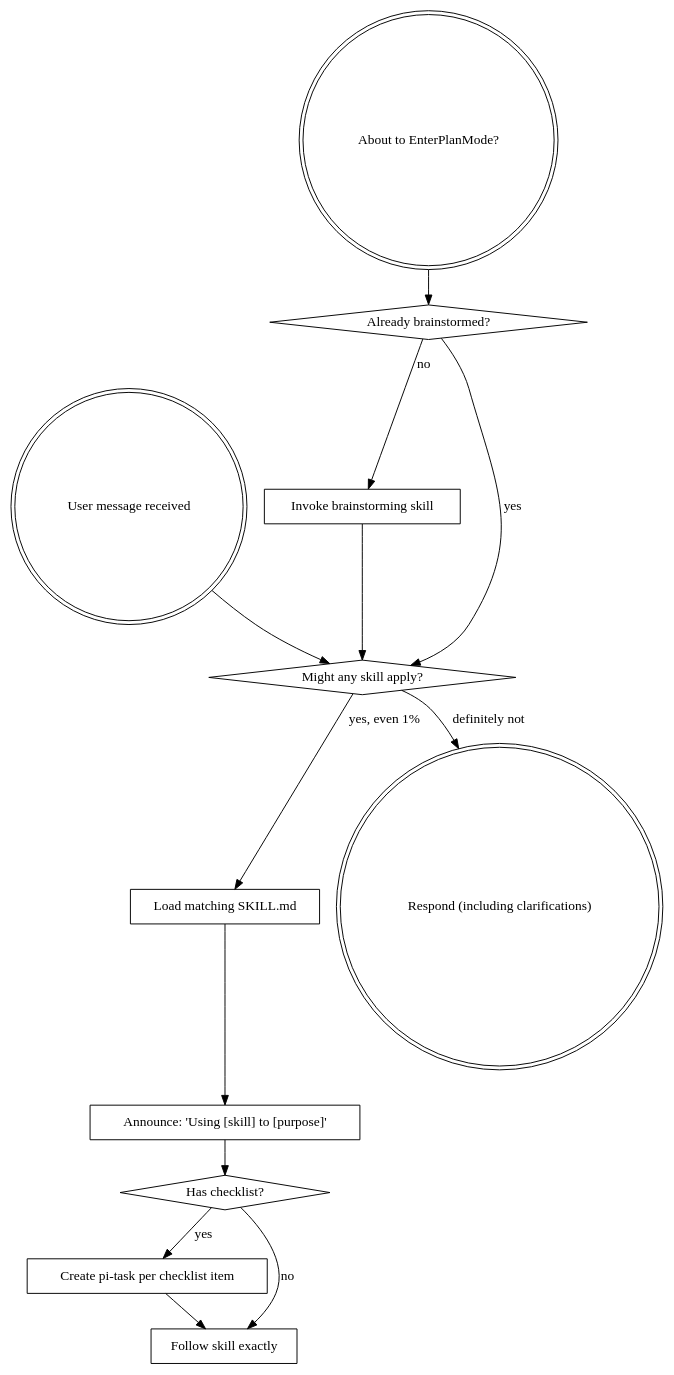
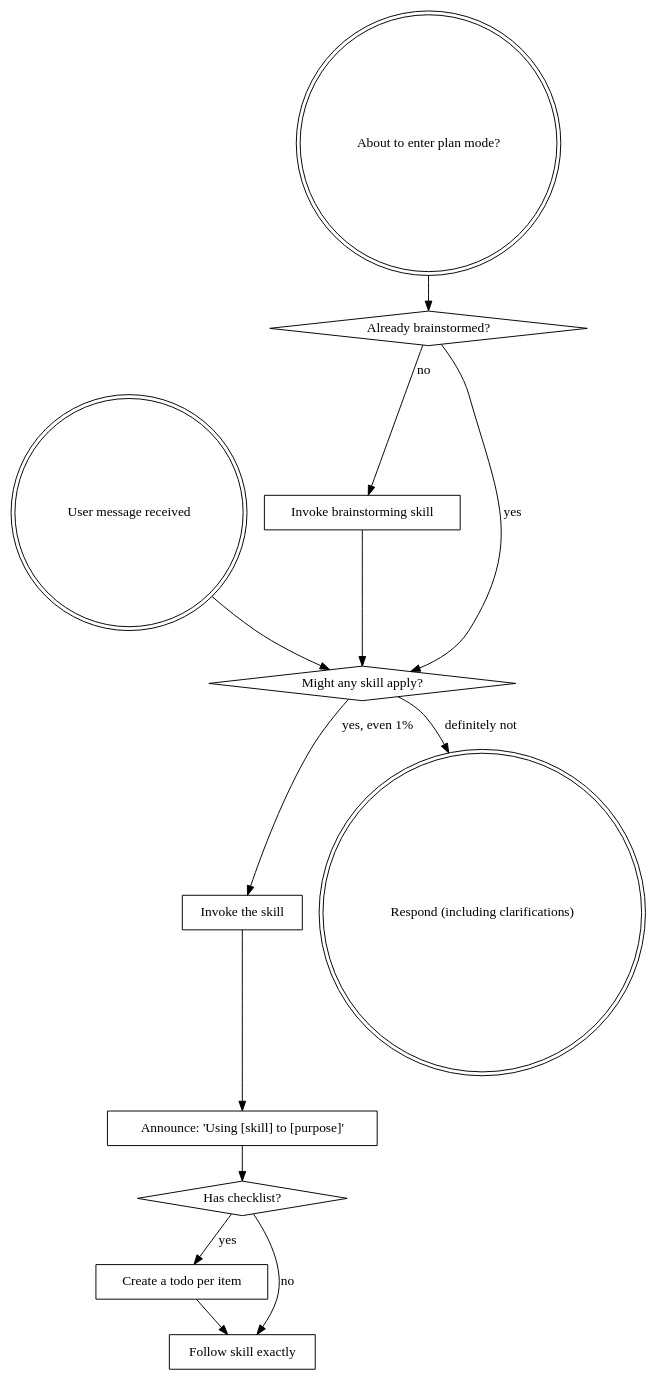
Before and after one commit to zhongjis/pi-config: the diagram in extensions/superpowers/skills/using-superpowers/SKILL.md, drawn with Graphviz. The commit also changed other lines of this file and 41 other files, not shown here.

````diff
--- a/extensions/superpowers/skills/using-superpowers/SKILL.md
+++ b/extensions/superpowers/skills/using-superpowers/SKILL.md
@@ -42,29 +52,29 @@
 ```dot
 digraph skill_flow {
     "User message received" [shape=doublecircle];
-    "About to EnterPlanMode?" [shape=doublecircle];
+    "About to enter plan mode?" [shape=doublecircle];
     "Already brainstormed?" [shape=diamond];
     "Invoke brainstorming skill" [shape=box];
     "Might any skill apply?" [shape=diamond];
-    "Load matching SKILL.md" [shape=box];
+    "Invoke the skill" [shape=box];
     "Announce: 'Using [skill] to [purpose]'" [shape=box];
     "Has checklist?" [shape=diamond];
-    "Create pi-task per checklist item" [shape=box];
+    "Create a todo per item" [shape=box];
     "Follow skill exactly" [shape=box];
     "Respond (including clarifications)" [shape=doublecircle];
 
-    "About to EnterPlanMode?" -> "Already brainstormed?";
+    "About to enter plan mode?" -> "Already brainstormed?";
     "Already brainstormed?" -> "Invoke brainstorming skill" [label="no"];
     "Already brainstormed?" -> "Might any skill apply?" [label="yes"];
     "Invoke brainstorming skill" -> "Might any skill apply?";
 
     "User message received" -> "Might any skill apply?";
-    "Might any skill apply?" -> "Load matching SKILL.md" [label="yes, even 1%"];
+    "Might any skill apply?" -> "Invoke the skill" [label="yes, even 1%"];
     "Might any skill apply?" -> "Respond (including clarifications)" [label="definitely not"];
-    "Load matching SKILL.md" -> "Announce: 'Using [skill] to [purpose]'";
+    "Invoke the skill" -> "Announce: 'Using [skill] to [purpose]'";
     "Announce: 'Using [skill] to [purpose]'" -> "Has checklist?";
-    "Has checklist?" -> "Create pi-task per checklist item" [label="yes"];
+    "Has checklist?" -> "Create a todo per item" [label="yes"];
     "Has checklist?" -> "Follow skill exactly" [label="no"];
-    "Create pi-task per checklist item" -> "Follow skill exactly";
+    "Create a todo per item" -> "Follow skill exactly";
 }
 ```
````
